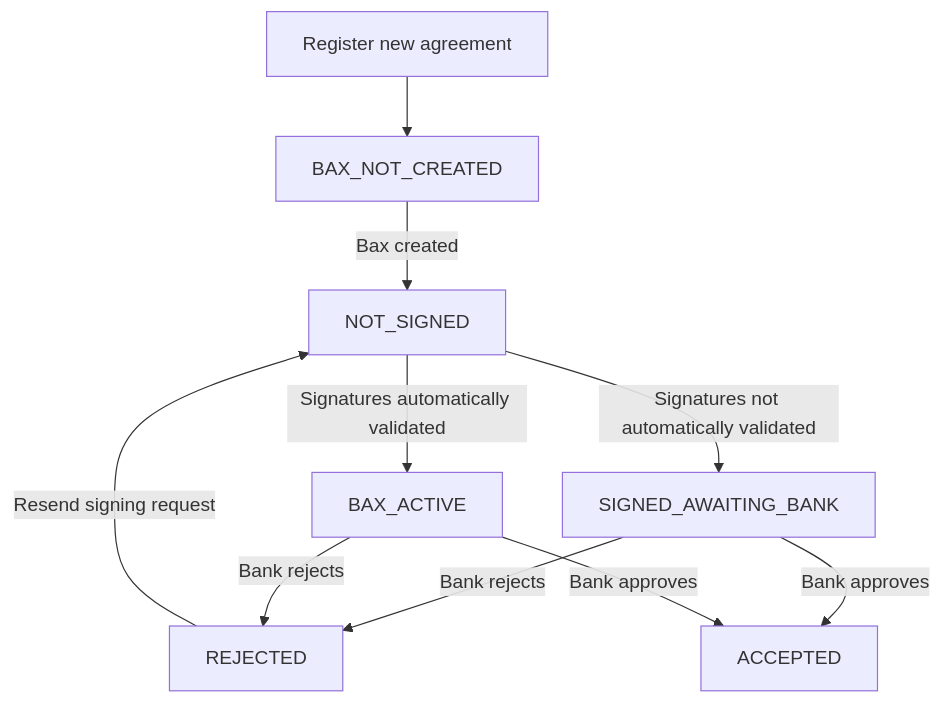
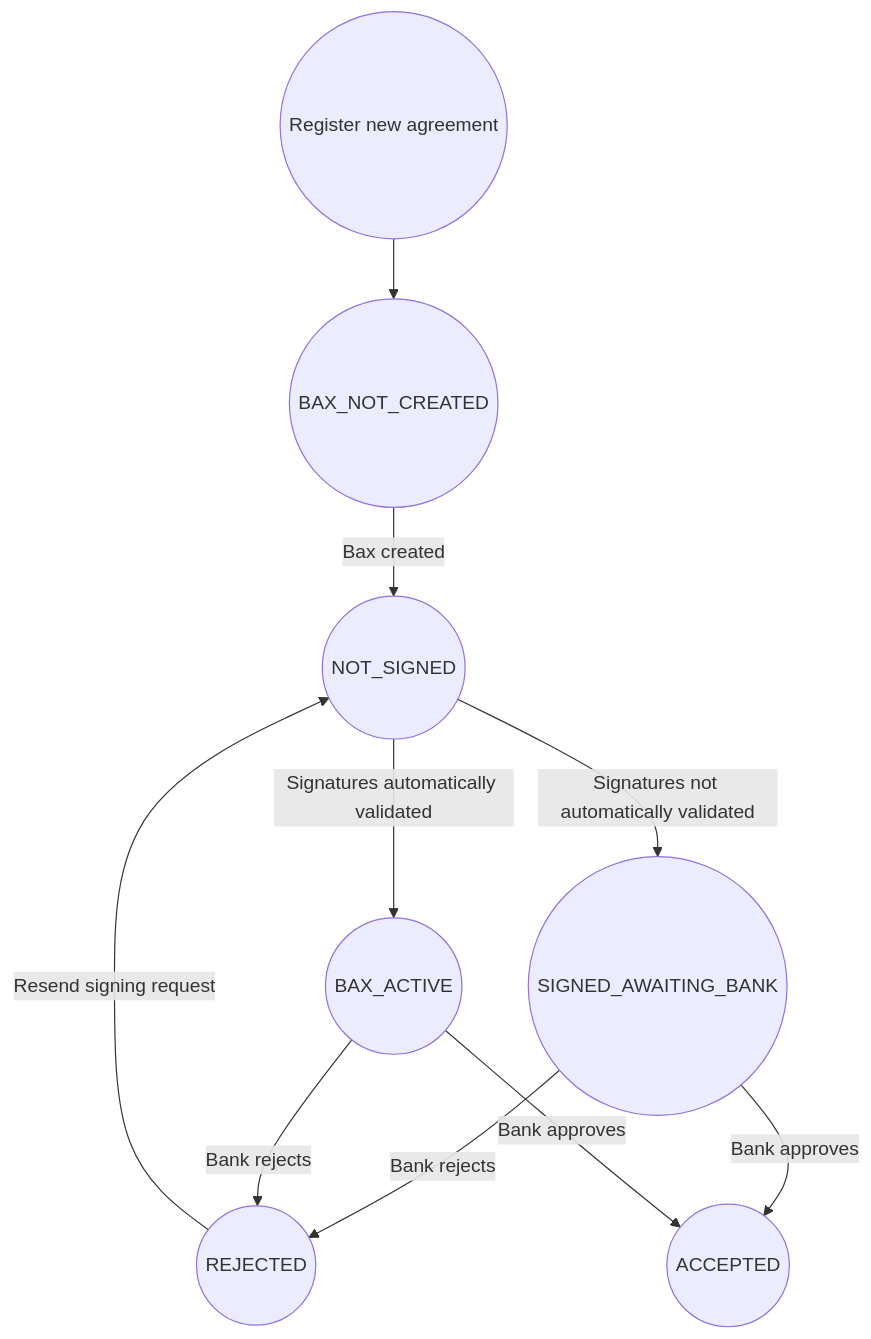
The first of 7 diagrams in docs/getting_started.md (BankAxept/bankaxept-onboarding-external-documentation), drawn with Mermaid before and after one commit.

````diff
--- a/docs/getting_started.md
+++ b/docs/getting_started.md
@@ -47,12 +47,12 @@
 ```mermaid
 graph TD
-    A[Register new agreement] --> B[BAX_NOT_CREATED]
-    B -->|Bax created| C[NOT_SIGNED]
-    C -->|Signatures not automatically validated| D[SIGNED_AWAITING_BANK]
-    C -->|Signatures automatically validated| E[BAX_ACTIVE]
-    D -->|Bank rejects| F[REJECTED]
-    D -->|Bank approves| G[ACCEPTED]
-    E -->|Bank rejects| F[REJECTED]
-    E -->|Bank approves| G[ACCEPTED]
-    F -->|Resend signing request| C[NOT_SIGNED]
+    A((Register new agreement)) --> B((BAX_NOT_CREATED))
+    B -->|Bax created| C((NOT_SIGNED))
+    C -->|Signatures not automatically validated| D((SIGNED_AWAITING_BANK))
+    C -->|Signatures automatically validated| E((BAX_ACTIVE))
+    D -->|Bank rejects| F((REJECTED))
+    D -->|Bank approves| G((ACCEPTED))
+    E -->|Bank rejects| F((REJECTED))
+    E -->|Bank approves| G((ACCEPTED))
+    F -->|Resend signing request| C((NOT_SIGNED))
 ```
````
